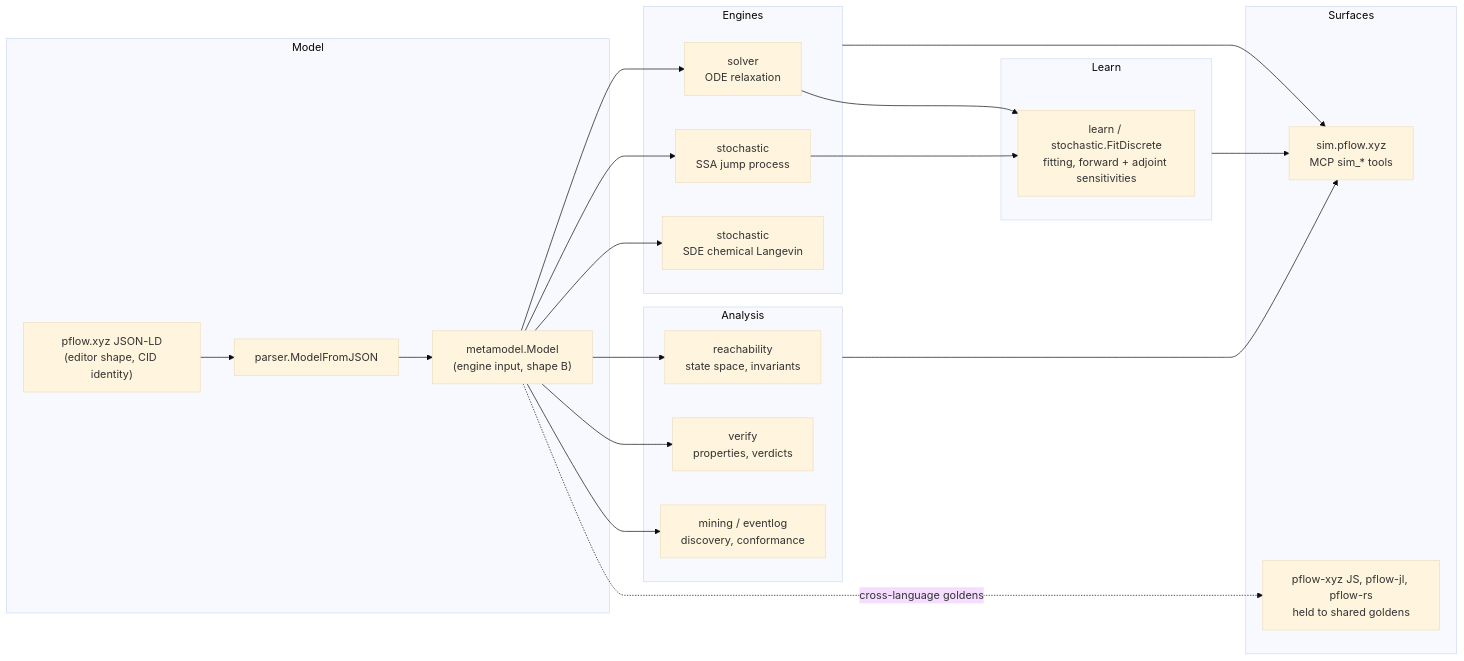
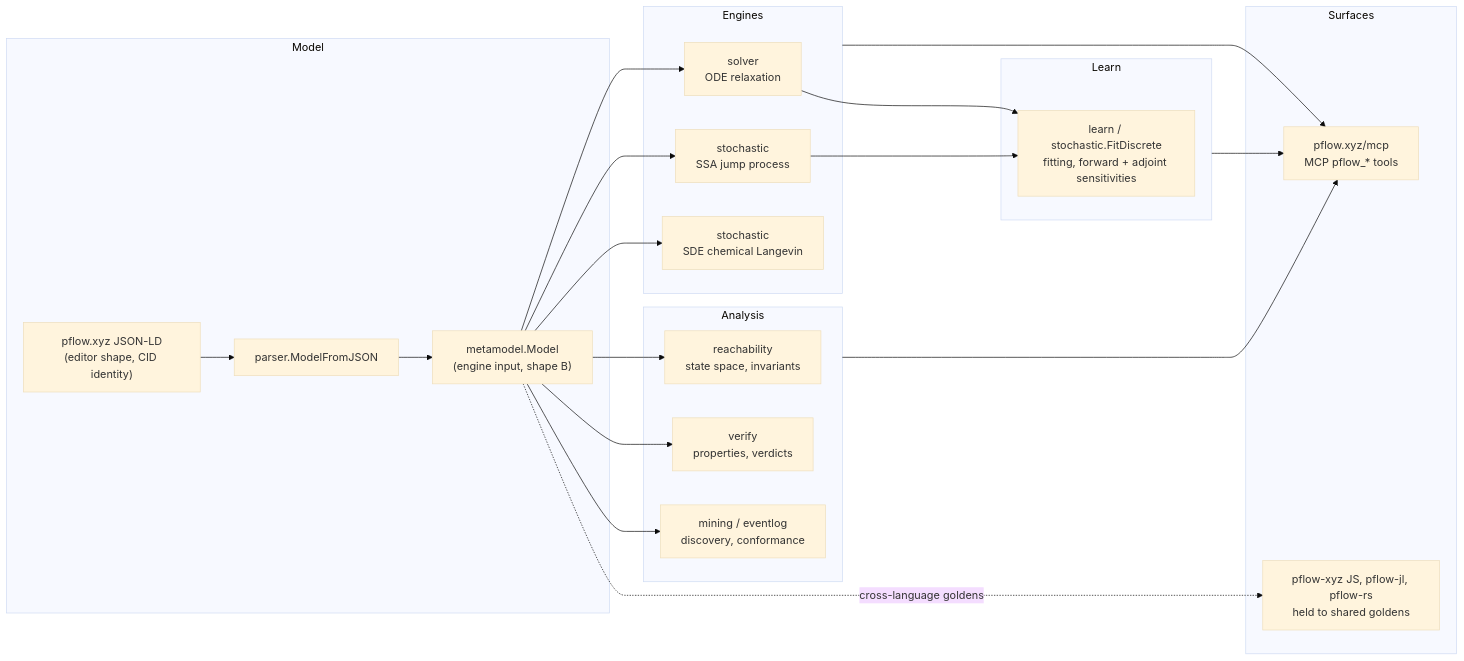
Before and after one commit to pflow-xyz/go-pflow: the diagram in README.md, drawn with Mermaid (base theme). The commit also changed other lines of this file, not shown here.

First line of the commit message:
README: open with what go-pflow powers (modeling with Claude on pflow.xyz); drop sim.pflow.xyz

````diff
--- a/README.md
+++ b/README.md
@@ -54,31 +60,31 @@
 ```mermaid
 flowchart LR
     subgraph model [Model]
         JSONLD["pflow.xyz JSON-LD<br/>(editor shape, CID identity)"]
         P["parser.ModelFromJSON"]
         MM["metamodel.Model<br/>(engine input, shape B)"]
         JSONLD --> P --> MM
     end
     subgraph engines [Engines]
         ODE["solver<br/>ODE relaxation"]
         SSA["stochastic<br/>SSA jump process"]
         SDE["stochastic<br/>SDE chemical Langevin"]
     end
     subgraph learn [Learn]
         FIT["learn / stochastic.FitDiscrete<br/>fitting, forward + adjoint sensitivities"]
     end
     subgraph analysis [Analysis]
         R["reachability<br/>state space, invariants"]
         V["verify<br/>properties, verdicts"]
         M["mining / eventlog<br/>discovery, conformance"]
     end
     subgraph surfaces [Surfaces]
-        SIM["sim.pflow.xyz<br/>MCP sim_* tools"]
+        MCP["pflow.xyz/mcp<br/>MCP pflow_* tools"]
         PORTS["pflow-xyz JS, pflow-jl, pflow-rs<br/>held to shared goldens"]
     end
     MM --> ODE & SSA & SDE
     ODE & SSA --> FIT
     MM --> R & V & M
-    engines & learn & analysis --> SIM
+    engines & learn & analysis --> MCP
     MM -. "cross-language goldens" .-> PORTS
 ```
````
